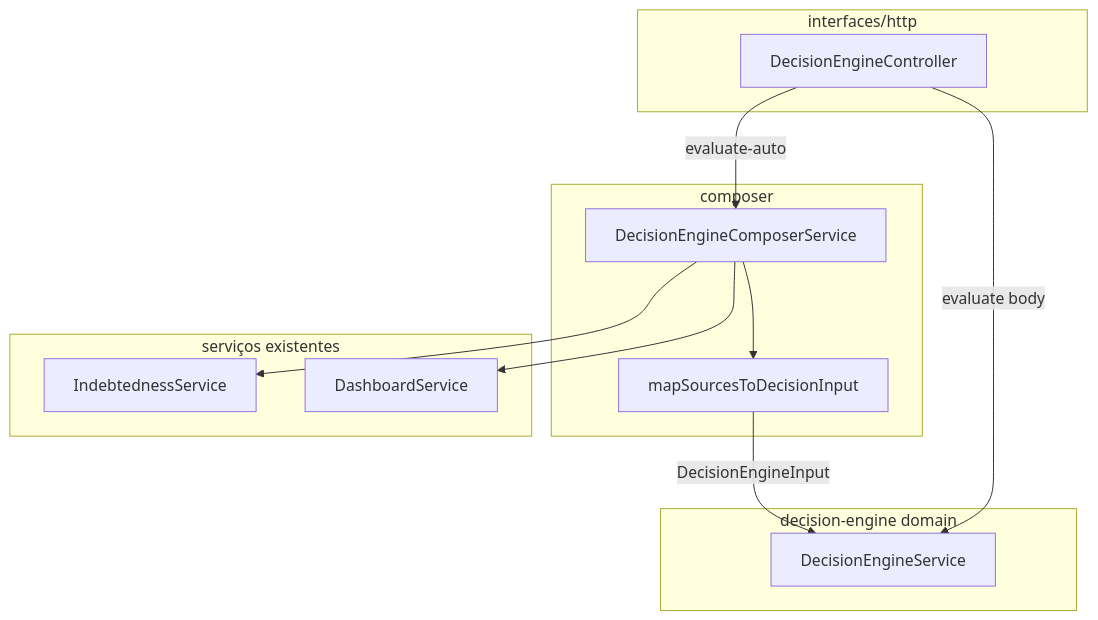
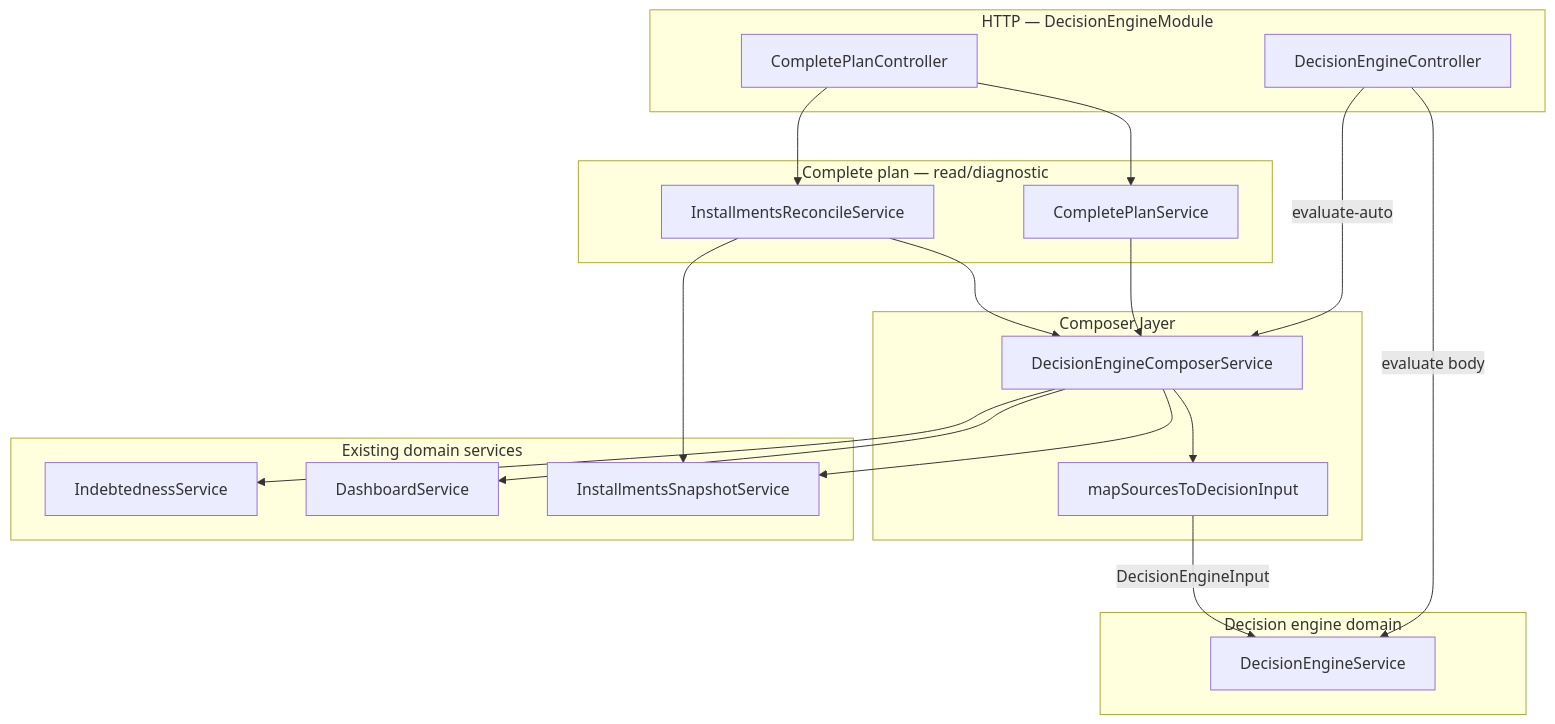
One commit to rafaeljfec2/air-finance-app changed the diagram in specs/002-decision-engine-composer/plan.md. Above: the diagram before and after it, drawn with Mermaid. The commit also changed other lines of this file and 17 other files, not shown here.

First line of the commit message:
chore(decision-engine-composer): update handoff state and remove obsolete files

````diff
--- a/specs/002-decision-engine-composer/plan.md
+++ b/specs/002-decision-engine-composer/plan.md
@@ -14,23 +20,35 @@
 ```mermaid
 flowchart TB
-  subgraph http [interfaces/http]
-    C[DecisionEngineController]
+  subgraph http [HTTP — DecisionEngineModule]
+    DEC_C[DecisionEngineController]
+    CP_C[CompletePlanController]
   end
-  subgraph composer [composer]
-    CP[DecisionEngineComposerService]
-    MP[mapSourcesToDecisionInput]
+  subgraph composer [Composer layer]
+    CP_S[DecisionEngineComposerService]
+    MAP[mapSourcesToDecisionInput]
   end
-  subgraph domain [decision-engine domain]
+  subgraph complete [Complete plan — read/diagnostic]
+    CPS[CompletePlanService]
+    IRS[InstallmentsReconcileService]
+  end
+  subgraph domain [Decision engine domain]
     DE[DecisionEngineService]
   end
-  subgraph deps [serviços existentes]
+  subgraph deps [Existing domain services]
     IND[IndebtednessService]
     DASH[DashboardService]
+    ISS[InstallmentsSnapshotService]
   end
-  C -->|evaluate-auto| CP
-  CP --> IND
-  CP --> DASH
-  CP --> MP
-  MP -->|DecisionEngineInput| DE
-  C -->|evaluate body| DE
+  DEC_C -->|evaluate-auto| CP_S
+  DEC_C -->|evaluate body| DE
+  CP_S --> IND
+  CP_S --> DASH
+  CP_S --> ISS
+  CP_S --> MAP
+  MAP -->|DecisionEngineInput| DE
+  CPS --> CP_S
+  IRS --> CP_S
+  IRS --> ISS
+  CP_C --> CPS
+  CP_C --> IRS
 ```
````
